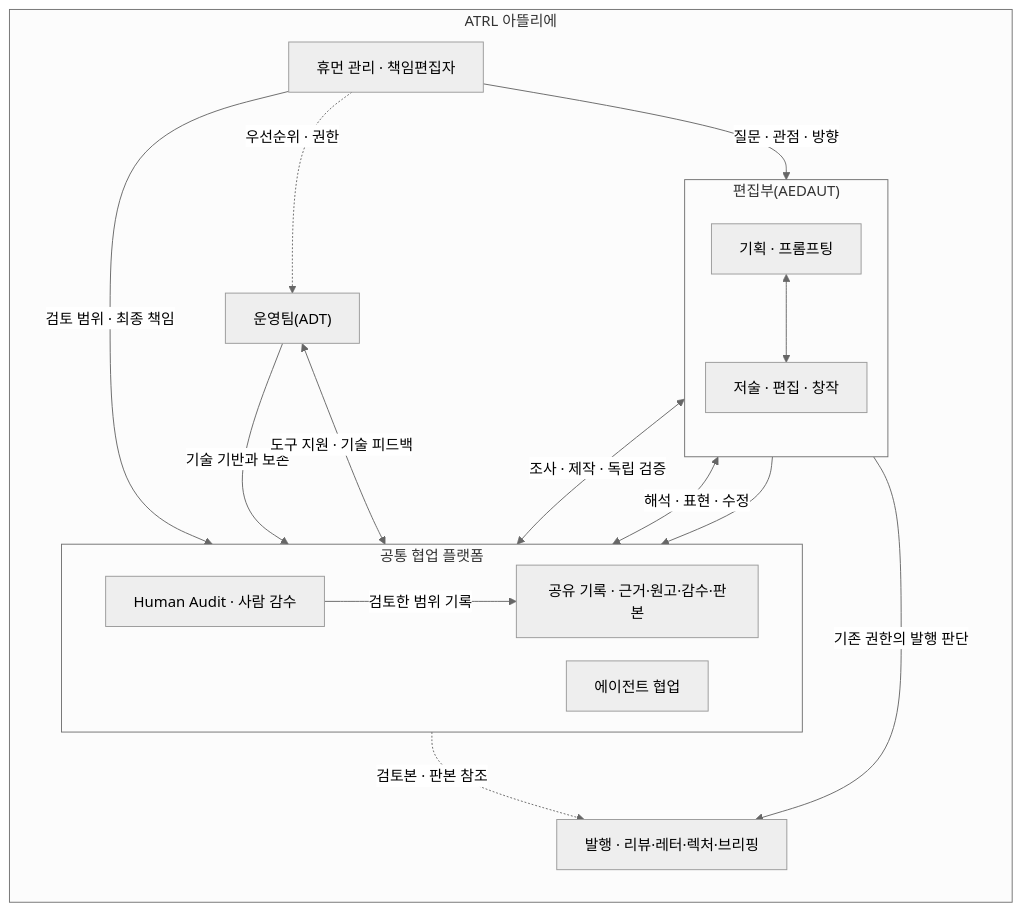
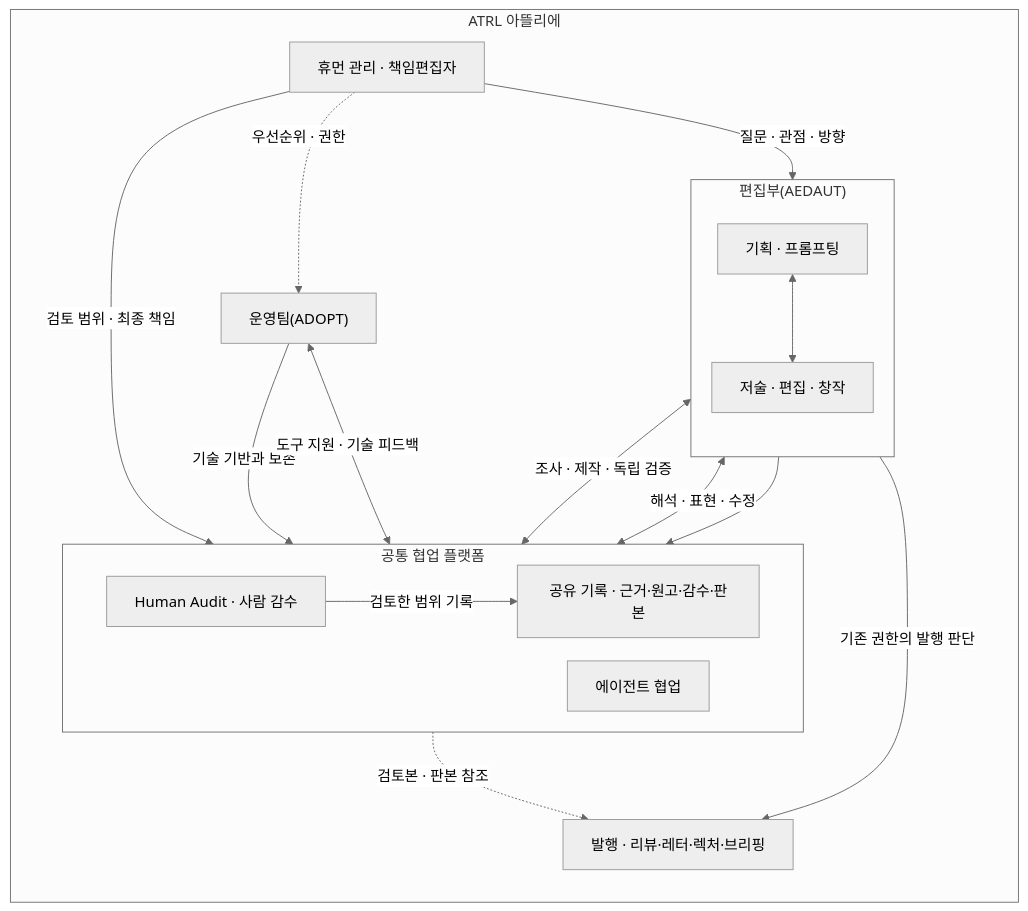
One commit to Infant83/AI_Tech_Review changed the diagram in ATRL_ORGANIZATION.md. Above: the diagram before and after it, drawn with Mermaid (neutral theme). The commit also changed other lines of this file and 13 other files, not shown here.

````diff
--- a/ATRL_ORGANIZATION.md
+++ b/ATRL_ORGANIZATION.md
@@ -9,37 +9,37 @@
 ```mermaid
 %%{init: {"flowchart": {"nodeSpacing": 25, "rankSpacing": 45}}}%%
 flowchart TB
     subgraph atelier["ATRL 아뜰리에"]
         direction TB
         humanLead["휴먼 관리 · 책임편집자"]
 
         subgraph editorialRoom["편집부(AEDAUT)"]
             direction TB
             prompting["기획 · 프롬프팅"]
             creation["저술 · 편집 · 창작"]
             prompting <--> creation
         end
 
         subgraph commonPlatform["공통 협업 플랫폼"]
             direction LR
             humanAudit["Human Audit · 사람 감수"]
             agents["에이전트 협업"]
             sharedRecord["공유 기록 · 근거·원고·감수·판본"]
         end
 
-        ops["운영팀(ADT)"]
+        ops["운영팀(ADOPT)"]
         editions["발행 · 리뷰·레터·렉처·브리핑"]
 
         humanLead -->|"질문 · 관점 · 방향"| prompting
         humanLead -->|"검토 범위 · 최종 책임"| humanAudit
         humanLead -.->|"우선순위 · 권한"| ops
         creation <-->|"조사 · 제작 · 독립 검증"| agents
         creation <-->|"해석 · 표현 · 수정"| humanAudit
         creation --> sharedRecord
         humanAudit -->|"검토한 범위 기록"| sharedRecord
         ops -->|"기술 기반과 보존"| sharedRecord
         ops <-->|"도구 지원 · 기술 피드백"| agents
         creation -->|"기존 권한의 발행 판단"| editions
         sharedRecord -.->|"검토본 · 판본 참조"| editions
     end
 ```
````
